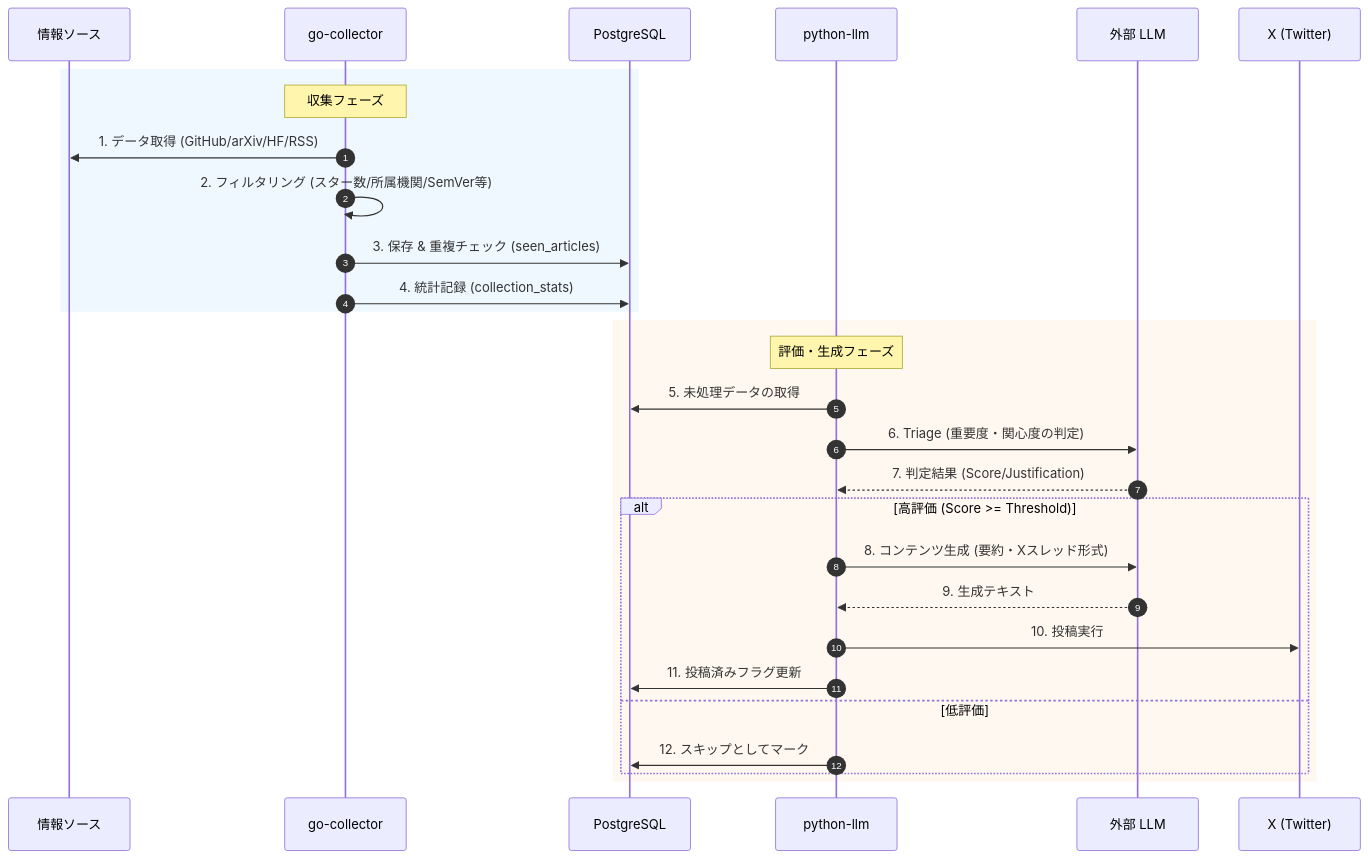
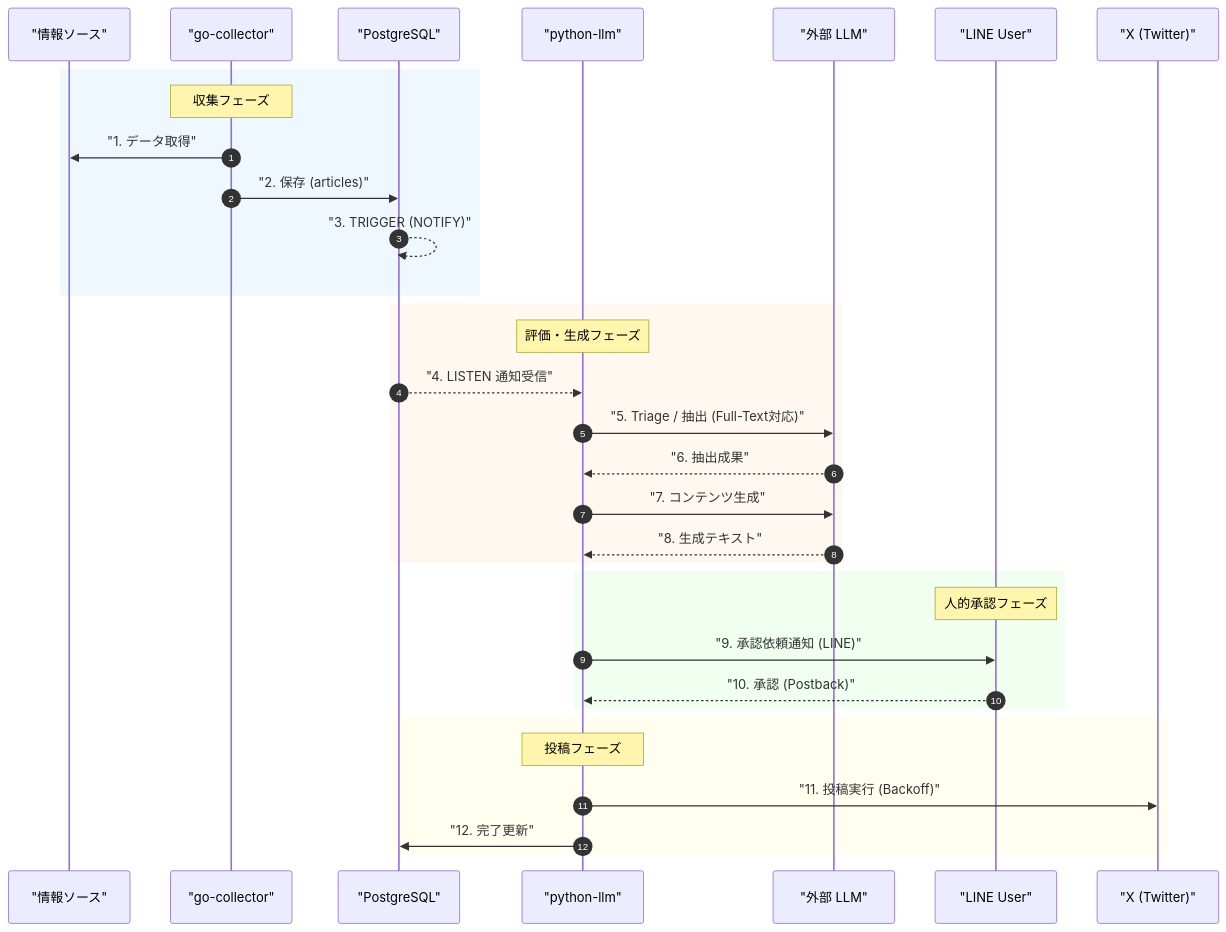
Before and after one commit to hinata-koizumi/Autotech-Writer: the second of 2 diagrams in doc/data_flow.md, drawn with Mermaid. The commit also changed other lines of this file and 22 other files, not shown here.

Commit message:
feat: upgrade system architecture with full-text attention, event-driven PL, rate limiting/retry, and LINE approval workflow

````diff
--- a/doc/data_flow.md
+++ b/doc/data_flow.md
@@ -53,34 +63,39 @@
 ```mermaid
 sequenceDiagram
     autonumber
-    participant Src as 情報ソース
-    participant GC as go-collector
-    participant DB as PostgreSQL
-    participant PL as python-llm
-    participant LLM as 外部 LLM
-    participant X as X (Twitter)
+    participant Src as "情報ソース"
+    participant GC as "go-collector"
+    participant DB as "PostgreSQL"
+    participant PL as "python-llm"
+    participant LLM as "外部 LLM"
+    participant L as "LINE User"
+    participant X as "X (Twitter)"
 
     rect rgb(240, 248, 255)
     Note over GC: 収集フェーズ
-    GC->>Src: 1. データ取得 (GitHub/arXiv/HF/RSS)
-    GC->>GC: 2. フィルタリング (スター数/所属機関/SemVer等)
-    GC->>DB: 3. 保存 & 重複チェック (seen_articles)
-    GC->>DB: 4. 統計記録 (collection_stats)
+    GC->>Src: "1. データ取得"
+    GC->>DB: "2. 保存 (articles)"
+    DB-->>DB: "3. TRIGGER (NOTIFY)"
     end
 
     rect rgb(255, 248, 240)
     Note over PL: 評価・生成フェーズ
-    PL->>DB: 5. 未処理データの取得
-    PL->>LLM: 6. Triage (重要度・関心度の判定)
-    LLM-->>PL: 7. 判定結果 (Score/Justification)
-    
-    alt 高評価 (Score >= Threshold)
-        PL->>LLM: 8. コンテンツ生成 (要約・Xスレッド形式)
-        LLM-->>PL: 9. 生成テキスト
-        PL->>X: 10. 投稿実行
-        PL->>DB: 11. 投稿済みフラグ更新
-    else 低評価
-        PL->>DB: 12. スキップとしてマーク
+    DB-->>PL: "4. LISTEN 通知受信"
+    PL->>LLM: "5. Triage / 抽出 (Full-Text対応)"
+    LLM-->>PL: "6. 抽出成果"
+    PL->>LLM: "7. コンテンツ生成"
+    LLM-->>PL: "8. 生成テキスト"
     end
+
+    rect rgb(240, 255, 240)
+    Note over L: 人的承認フェーズ
+    PL->>L: "9. 承認依頼通知 (LINE)"
+    L-->>PL: "10. 承認 (Postback)"
+    end
+
+    rect rgb(255, 255, 240)
+    Note over PL: 投稿フェーズ
+    PL->>X: "11. 投稿実行 (Backoff)"
+    PL->>DB: "12. 完了更新"
     end
 ```
````
